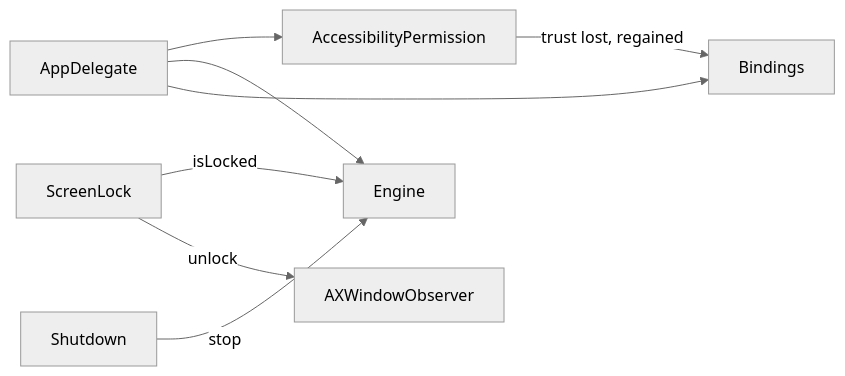
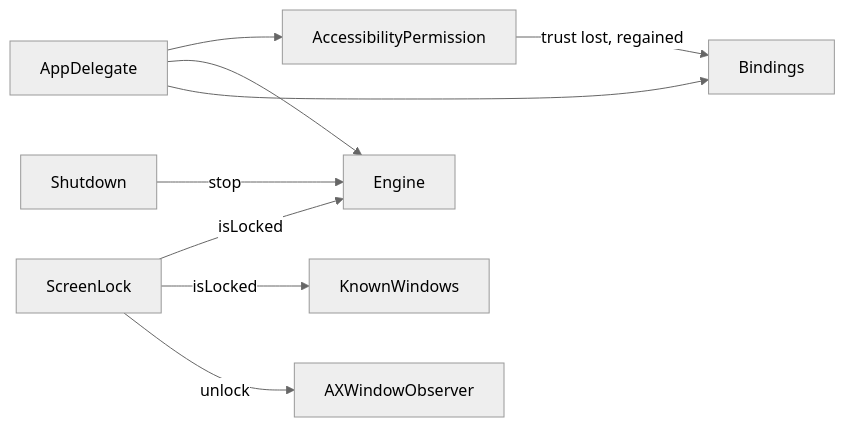
One commit to brennovich/ottowm changed the sixth of 16 diagrams in ARCHITECTURE.md. Above: the diagram before and after it, drawn with Mermaid (neutral theme). The commit also changed other lines of this file and 38 other files, not shown here.

````diff
--- a/ARCHITECTURE.md
+++ b/ARCHITECTURE.md
@@ -129,10 +129,11 @@
 ```mermaid
 flowchart LR
     AppDelegate --> AccessibilityPermission
     AppDelegate --> Engine
     AppDelegate --> Bindings
     AccessibilityPermission -->|trust lost, regained| Bindings
     ScreenLock -->|isLocked| Engine
+    ScreenLock -->|isLocked| KnownWindows
     ScreenLock -->|unlock| AXWindowObserver
     Shutdown -->|stop| Engine
 ```
````
